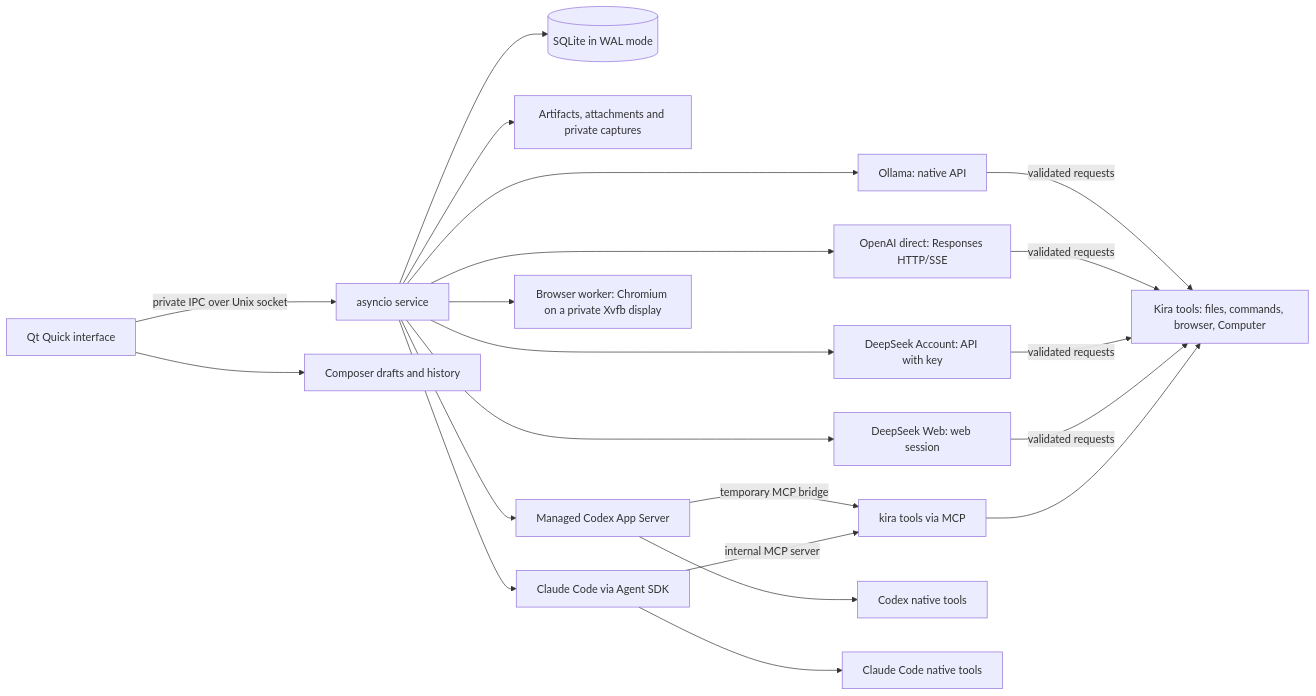
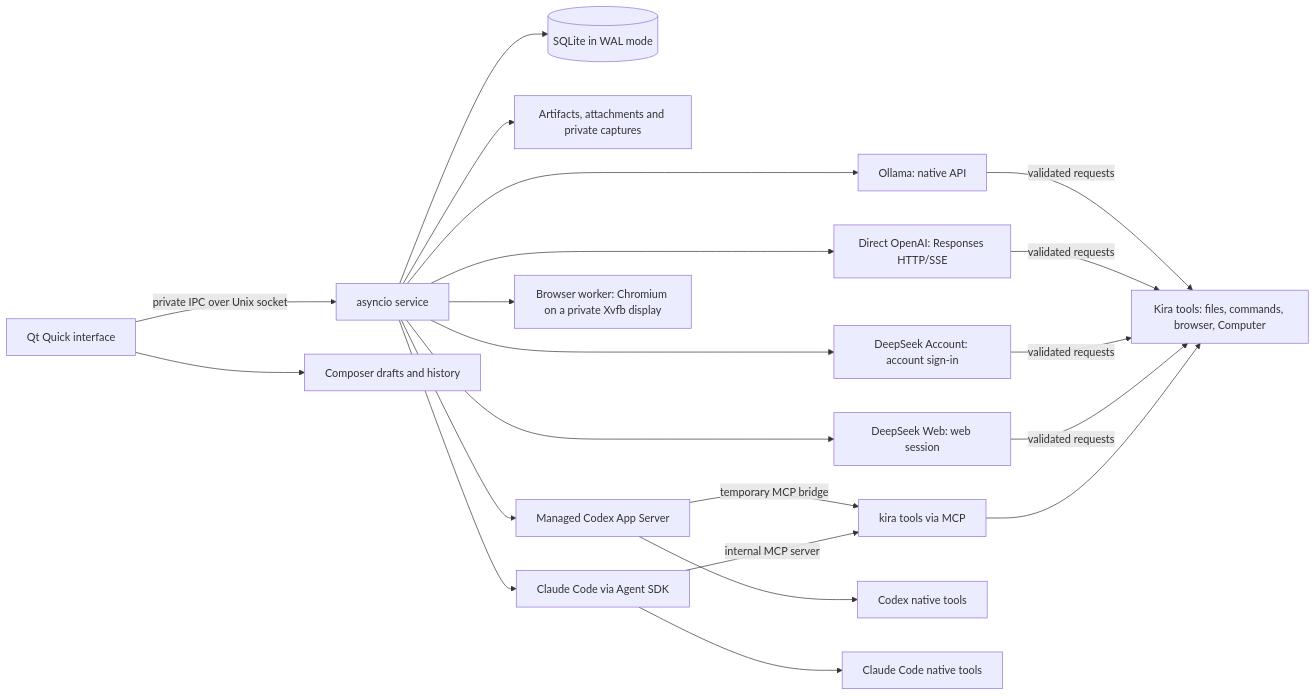
One commit to antosec00/kira-desktop changed the diagram in docs/en/ARCHITECTURE.md. Above: the diagram before and after it, drawn with Mermaid. The commit also changed other lines of this file and 393 other files, not shown here.

````diff
--- a/docs/en/ARCHITECTURE.md
+++ b/docs/en/ARCHITECTURE.md
@@ -16,17 +16,17 @@
 ```mermaid
 flowchart LR
   GUI[Qt Quick interface] -->|private IPC over Unix socket| Service[asyncio service]
   GUI --> Composer[Composer drafts and history]
   Service --> DB[(SQLite in WAL mode)]
   Service --> Artifacts[Artifacts, attachments and private captures]
-  Service --> Ollama[Ollama: native API] & OpenAI[OpenAI direct: Responses HTTP/SSE]
-  Service --> DSAccount[DeepSeek Account: API with key] & DSWeb[DeepSeek Web: web session]
+  Service --> Ollama[Ollama: native API] & OpenAI[Direct OpenAI: Responses HTTP/SSE]
+  Service --> DSAccount[DeepSeek Account: account sign-in] & DSWeb[DeepSeek Web: web session]
   Service --> Codex[Managed Codex App Server] & Claude[Claude Code via Agent SDK]
   Service --> Browser[Browser worker: Chromium on a private Xvfb display]
   Ollama & OpenAI & DSAccount & DSWeb -->|validated requests| Tools[Kira tools: files, commands, browser, Computer]
   Codex -->|temporary MCP bridge| KiraMcp[kira tools via MCP]
   Claude -->|internal MCP server| KiraMcp
   Codex --> NativeTools[Codex native tools]
   Claude --> ClaudeTools[Claude Code native tools]
   KiraMcp --> Tools
 ```
````
